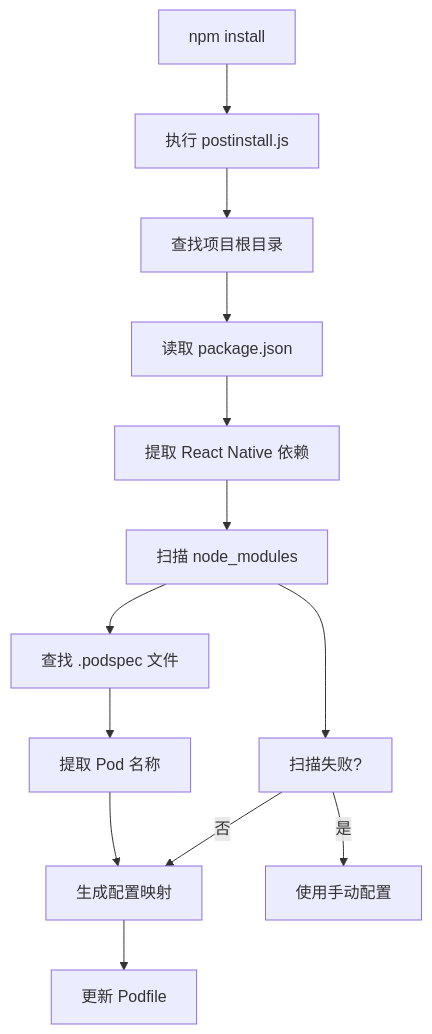
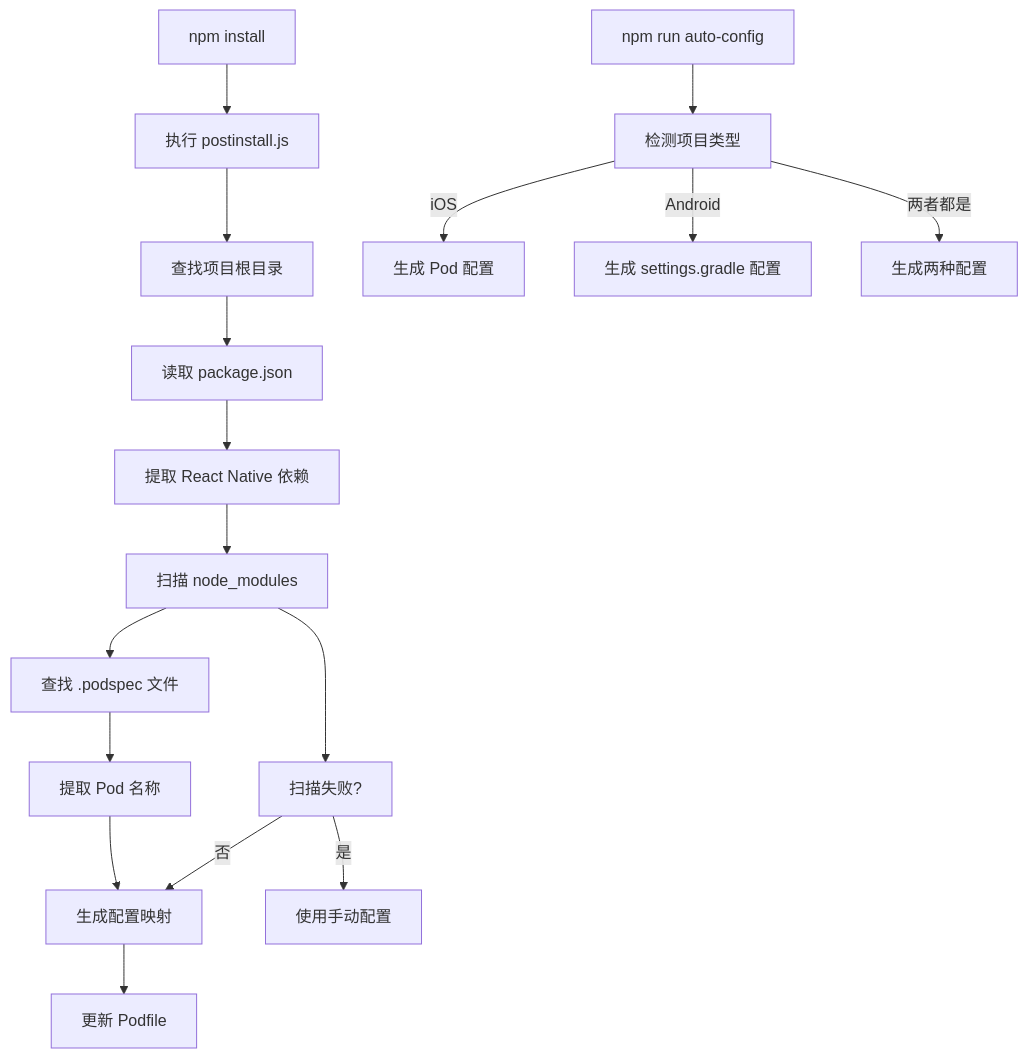
One commit to spritekit/react-native-link-lib changed the diagram in scripts/README.md. Above: the diagram before and after it, drawn with Mermaid. The commit also changed other lines of this file and 4 other files, not shown here.

````diff
--- a/scripts/README.md
+++ b/scripts/README.md
@@ -27,16 +32,21 @@
 ```mermaid
 graph TD
     A[npm install] --> B[执行 postinstall.js]
     B --> C[查找项目根目录]
     C --> D[读取 package.json]
     D --> E[提取 React Native 依赖]
     E --> F[扫描 node_modules]
     F --> G[查找 .podspec 文件]
     G --> H[提取 Pod 名称]
     H --> I[生成配置映射]
     I --> J[更新 Podfile]
     
     F --> K[扫描失败?]
     K -->|是| L[使用手动配置]
     K -->|否| I
+    
+    M[npm run auto-config] --> N[检测项目类型]
+    N -->|iOS| O[生成 Pod 配置]
+    N -->|Android| P[生成 settings.gradle 配置]
+    N -->|两者都是| Q[生成两种配置]
 ```
````
